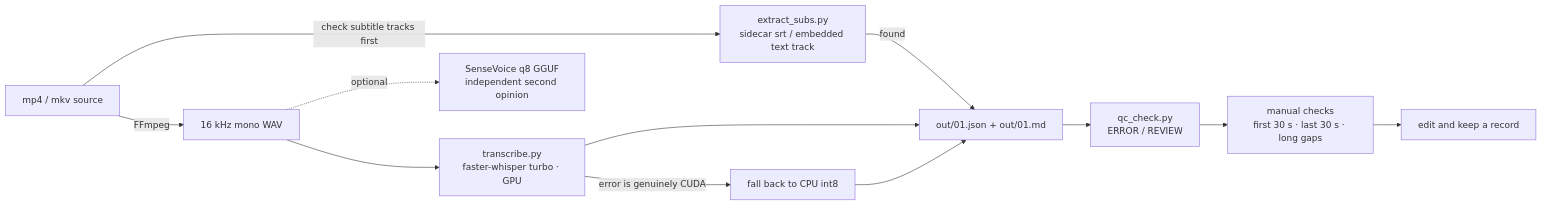
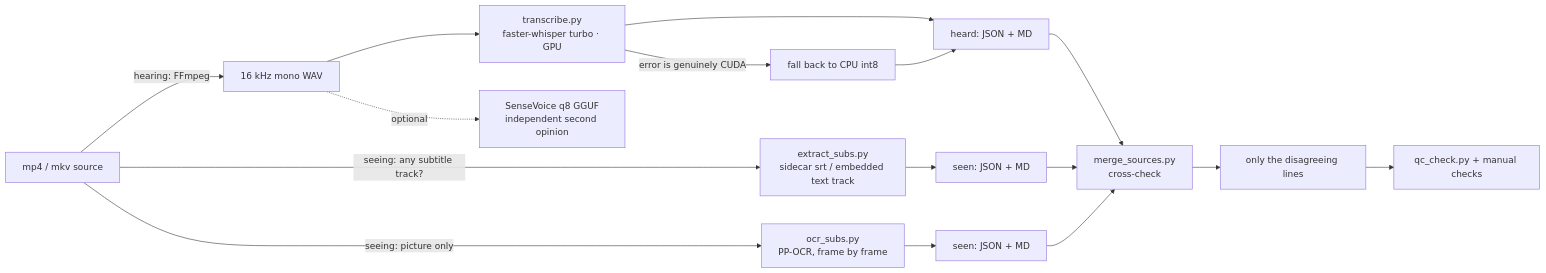
Before and after one commit to ChenChen913/asr-transcription-skill: the diagram in README_EN.md, drawn with Mermaid. The commit also changed other lines of this file and 14 other files, not shown here.

````diff
--- a/README_EN.md
+++ b/README_EN.md
@@ -17,14 +17,18 @@
 ```mermaid
 flowchart LR
-    A["mp4 / mkv source"] -->|"check subtitle tracks first"| S["extract_subs.py<br/>sidecar srt / embedded text track"]
-    A -->|FFmpeg| B["16 kHz mono WAV"]
-    S -->|found| D["out/01.json + out/01.md"]
+    A["mp4 / mkv source"] -->|"hearing: FFmpeg"| B["16 kHz mono WAV"]
+    A -->|"seeing: any subtitle track?"| S["extract_subs.py<br/>sidecar srt / embedded text track"]
+    A -->|"seeing: picture only"| O["ocr_subs.py<br/>PP-OCR, frame by frame"]
     B --> C["transcribe.py<br/>faster-whisper turbo · GPU"]
     C -->|"error is genuinely CUDA"| C2["fall back to CPU int8"]
-    C --> D
-    C2 --> D
-    D --> E["qc_check.py<br/>ERROR / REVIEW"]
-    E --> F["manual checks<br/>first 30 s · last 30 s · long gaps"]
-    F --> G["edit and keep a record"]
+    C --> W["heard: JSON + MD"]
+    C2 --> W
+    S --> W2["seen: JSON + MD"]
+    O --> W3["seen: JSON + MD"]
+    W --> M["merge_sources.py<br/>cross-check"]
+    W2 --> M
+    W3 --> M
+    M --> R["only the disagreeing lines"]
+    R --> E["qc_check.py + manual checks"]
     B -.->|optional| H["SenseVoice q8 GGUF<br/>independent second opinion"]
 ```
````
